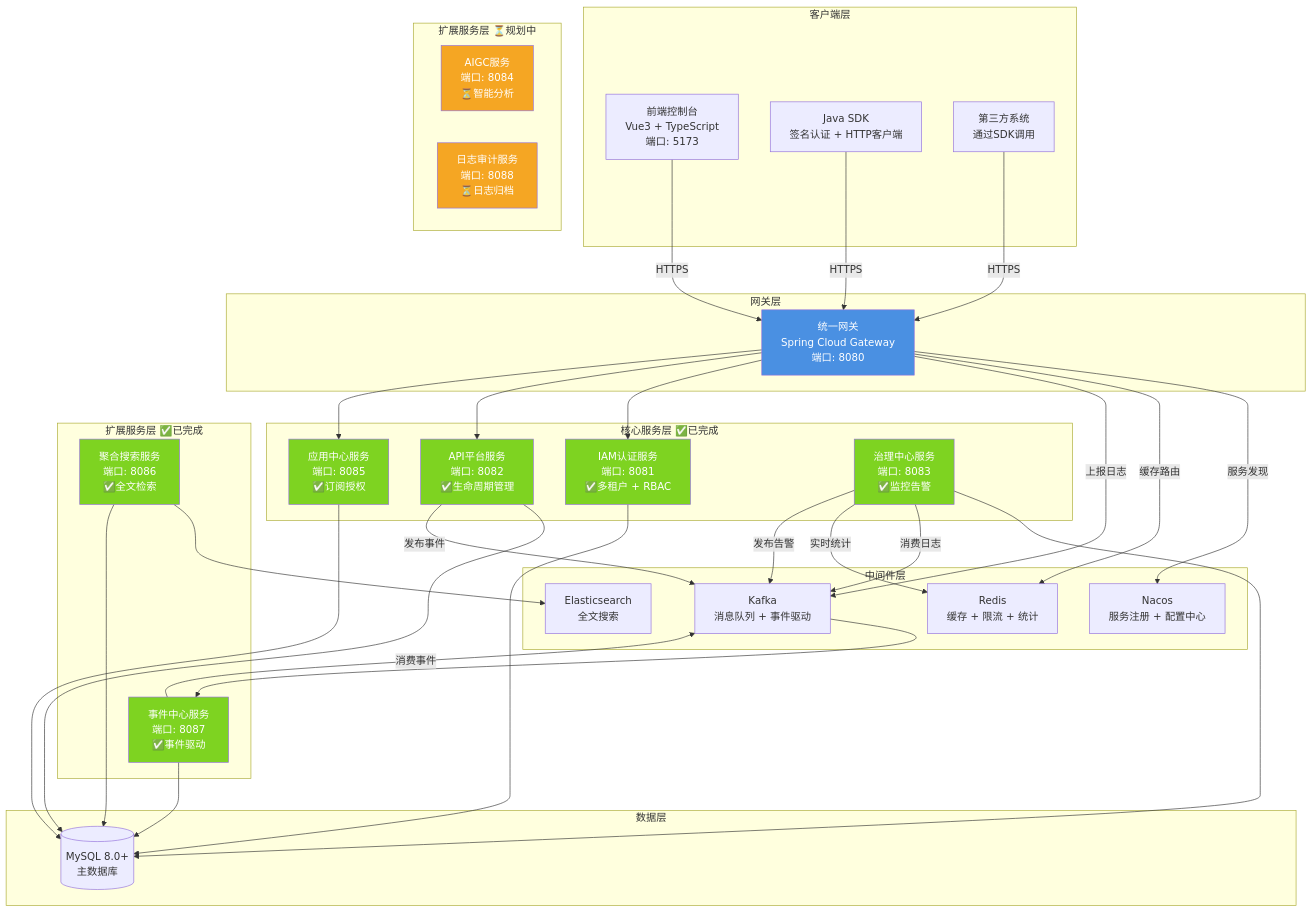
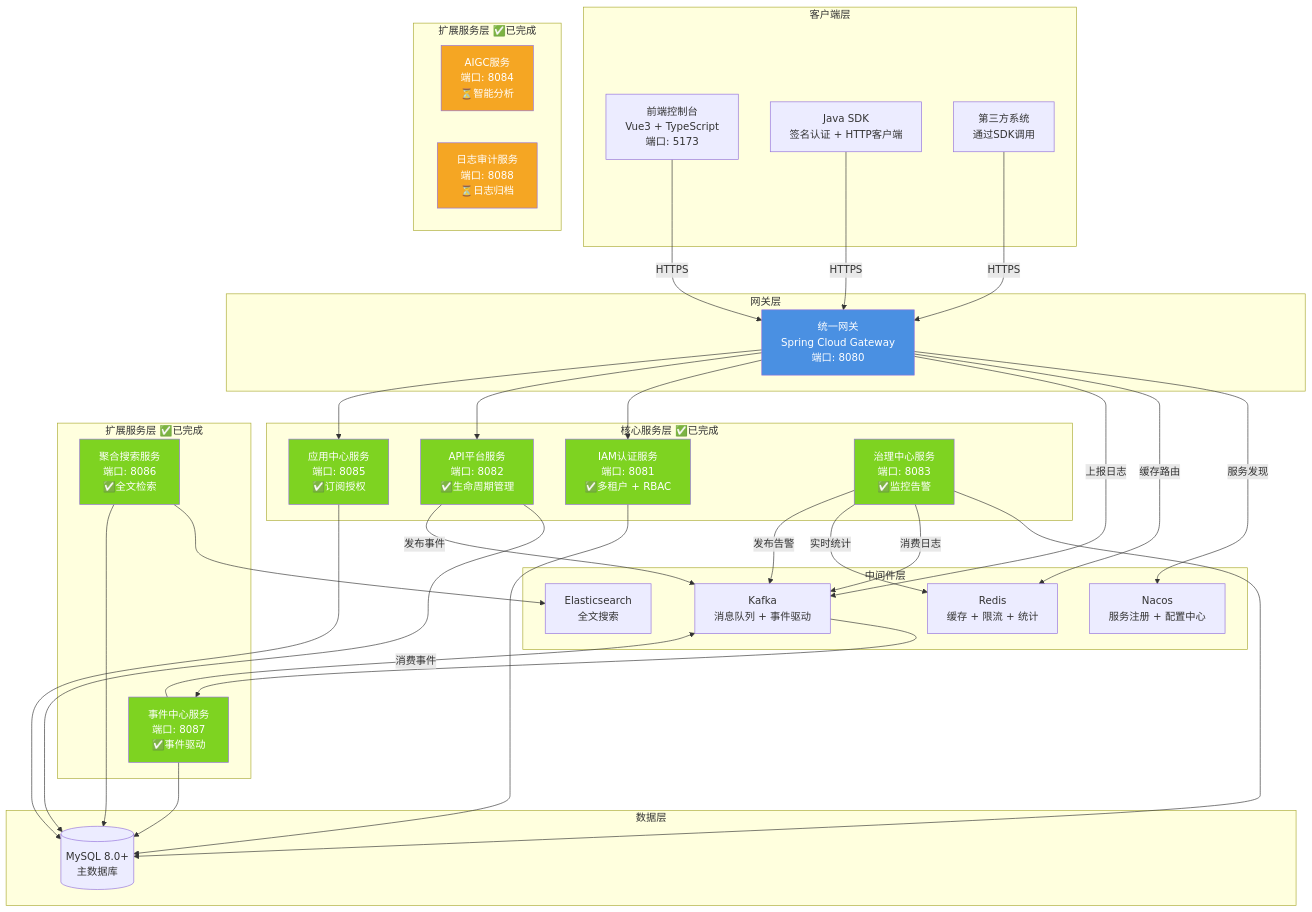
The first of 8 diagrams in README.md (DevYangJC/intelli_hub), drawn with Mermaid before and after one commit. The commit also changed other lines of this file, not shown here.

````diff
--- a/README.md
+++ b/README.md
@@ -64,78 +64,78 @@
 ```mermaid
 graph TB
     subgraph "客户端层"
         FE[前端控制台<br/>Vue3 + TypeScript<br/>端口: 5173]
         SDK[Java SDK<br/>签名认证 + HTTP客户端]
         THIRD[第三方系统<br/>通过SDK调用]
     end
     
     subgraph "网关层"
         GW[统一网关<br/>Spring Cloud Gateway<br/>端口: 8080]
     end
     
     subgraph "中间件层"
         NACOS[Nacos<br/>服务注册 + 配置中心]
         KAFKA[Kafka<br/>消息队列 + 事件驱动]
         REDIS[Redis<br/>缓存 + 限流 + 统计]
         ES[Elasticsearch<br/>全文搜索]
     end
     
     subgraph "核心服务层 ✅已完成"
         IAM[IAM认证服务<br/>端口: 8081<br/>✅多租户 + RBAC]
         API[API平台服务<br/>端口: 8082<br/>✅生命周期管理]
         APP[应用中心服务<br/>端口: 8085<br/>✅订阅授权]
         GOV[治理中心服务<br/>端口: 8083<br/>✅监控告警]
     end
     
     subgraph "扩展服务层 ✅已完成"
         SEARCH[聚合搜索服务<br/>端口: 8086<br/>✅全文检索]
         EVENT[事件中心服务<br/>端口: 8087<br/>✅事件驱动]
     end
     
-    subgraph "扩展服务层 ⏳规划中"
+    subgraph "扩展服务层 ✅已完成"
         AIGC[AIGC服务<br/>端口: 8084<br/>⏳智能分析]
         LOG[日志审计服务<br/>端口: 8088<br/>⏳日志归档]
     end
     
     subgraph "数据层"
         MYSQL[(MySQL 8.0+<br/>主数据库)]
     end
     
     FE -->|HTTPS| GW
     SDK -->|HTTPS| GW
     THIRD -->|HTTPS| GW
     
     GW -->|服务发现| NACOS
     GW -->|缓存路由| REDIS
     GW -->|上报日志| KAFKA
     GW --> IAM
     GW --> API
     GW --> APP
     
     IAM --> MYSQL
     API --> MYSQL
     API -->|发布事件| KAFKA
     APP --> MYSQL
     GOV --> MYSQL
     GOV -->|消费日志| KAFKA
     GOV -->|实时统计| REDIS
     GOV -->|发布告警| KAFKA
     
     SEARCH --> ES
     SEARCH --> MYSQL
     
     EVENT -->|消费事件| KAFKA
     EVENT --> MYSQL
     
     KAFKA --> EVENT
     
     style GW fill:#4A90E2,color:#fff
     style IAM fill:#7ED321,color:#fff
     style API fill:#7ED321,color:#fff
     style APP fill:#7ED321,color:#fff
     style GOV fill:#7ED321,color:#fff
     style SEARCH fill:#7ED321,color:#fff
     style EVENT fill:#7ED321,color:#fff
     style AIGC fill:#F5A623,color:#fff
     style LOG fill:#F5A623,color:#fff
 ```
````
